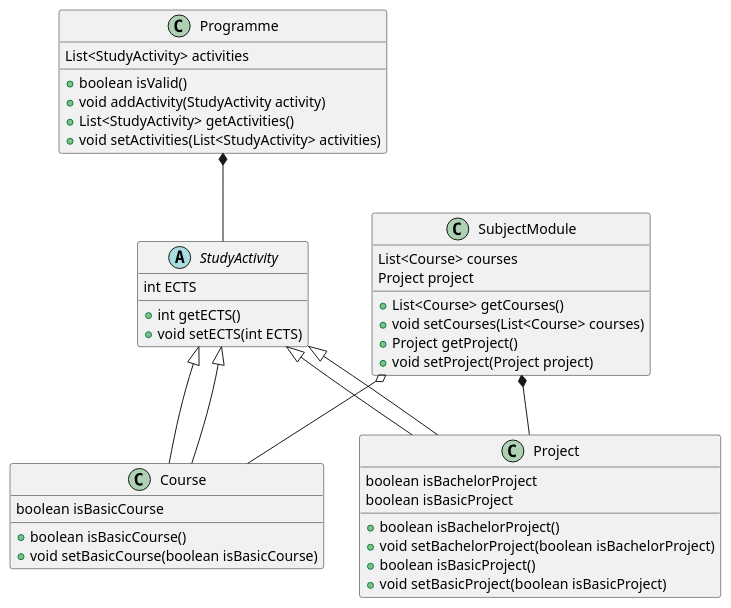
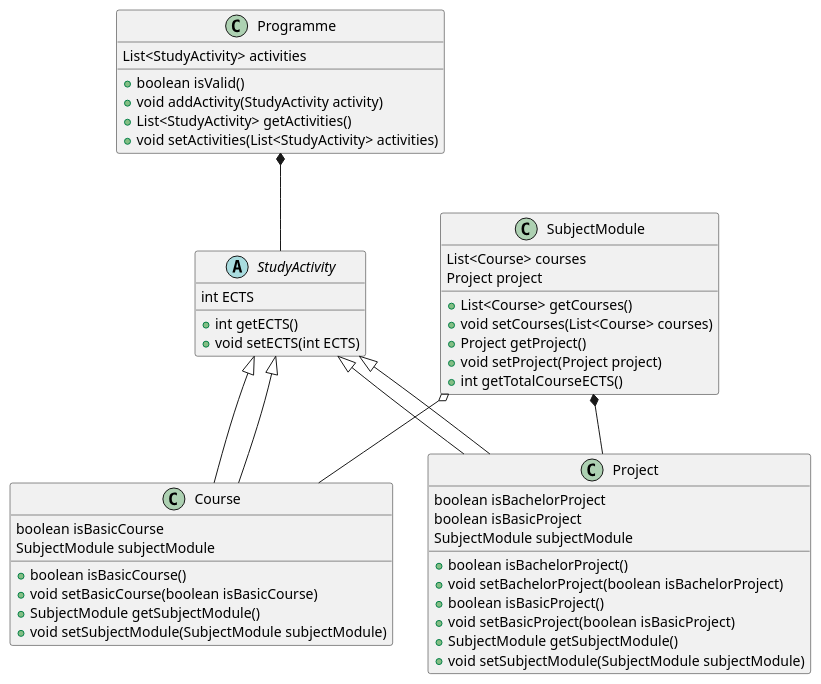
Before and after one commit to SparksThief/Portfolio_1: the diagram in src/BachelorProgramme.puml, drawn with PlantUML.

Commit message:
Updated diagram

```diff
--- a/src/BachelorProgramme.puml
+++ b/src/BachelorProgramme.puml
@@ -1,58 +1,63 @@
 @startuml
-'idea.disableSyntaxCheck
-'idea.partialRender
 ' Klassen Programme, der har en liste af StudyActivity
 ' Et Programme kan bestå af mange studieaktiviteter,
 ' som enten er kurser eller projekter
 class Programme {
     List<StudyActivity> activities
     + boolean isValid()
     + void addActivity(StudyActivity activity)
     + List<StudyActivity> getActivities()
     + void setActivities(List<StudyActivity> activities)
 }
 
-' StudyActivity er en abstract class
+' StudyActivity er en Abstrakt klasse
 ' fordi både Course og Project handler om ECTS points
 abstract class StudyActivity {
     int ECTS
     + int getECTS()
     + void setECTS(int ECTS)
 }
 
 ' Kursus, der arver fra StudyActivity
 ' Tjekker om det er et basicCourse
 class Course extends StudyActivity {
     boolean isBasicCourse
+    SubjectModule subjectModule
     + boolean isBasicCourse()
     + void setBasicCourse(boolean isBasicCourse)
+    + SubjectModule getSubjectModule()
+    + void setSubjectModule(SubjectModule subjectModule)
 }
 
 ' Projekt, der arver fra StudyActivity
 ' Tjekker om det er et bachelorProject og et basicProject
 class Project extends StudyActivity {
     boolean isBachelorProject
     boolean isBasicProject
+    SubjectModule subjectModule
     + boolean isBachelorProject()
     + void setBachelorProject(boolean isBachelorProject)
     + boolean isBasicProject()
     + void setBasicProject(boolean isBasicProject)
+    + SubjectModule getSubjectModule()
+    + void setSubjectModule(SubjectModule subjectModule)
 }
 
 ' SubjectModule indeholder kurser og et projekt
 class SubjectModule {
     List<Course> courses
     Project project
     + List<Course> getCourses()
     + void setCourses(List<Course> courses)
     + Project getProject()
     + void setProject(Project project)
+    + int getTotalCourseECTS()
 }
 
 ' Forbindelser mellem klasserne
 Programme *-- StudyActivity
 Course --|> StudyActivity
 Project --|> StudyActivity
 SubjectModule o-- Course
 SubjectModule *-- Project
 @enduml
```
